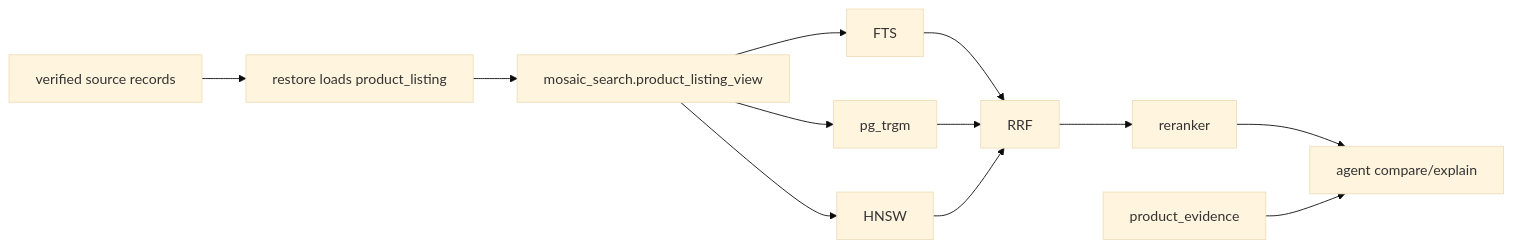
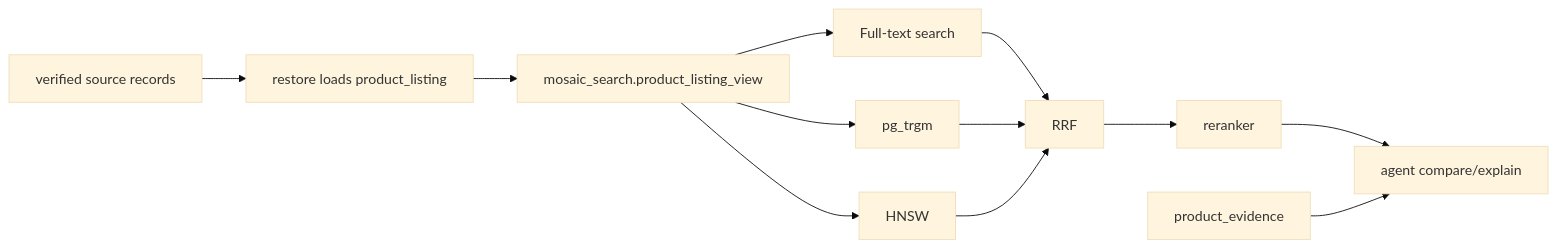
Before and after one commit to aws-samples/sample-agentic-hybrid-retrieval-aurora-postgresql: the diagram in db/docs/architecture.md, drawn with Mermaid (base theme). The commit also changed other lines of this file and 98 other files, not shown here.

````diff
--- a/db/docs/architecture.md
+++ b/db/docs/architecture.md
@@ -25,14 +25,14 @@
 ```mermaid
 flowchart LR
     S[verified source records] --> R[restore loads product_listing]
     R --> D[mosaic_search.product_listing_view]
-    D --> F[FTS]
+    D --> F[Full-text search]
     D --> T[pg_trgm]
     D --> V[HNSW]
     F --> X[RRF]
     T --> X
     V --> X
     X --> RR[reranker]
     RR --> A[agent compare/explain]
     E[product_evidence] --> A
 ```
````
